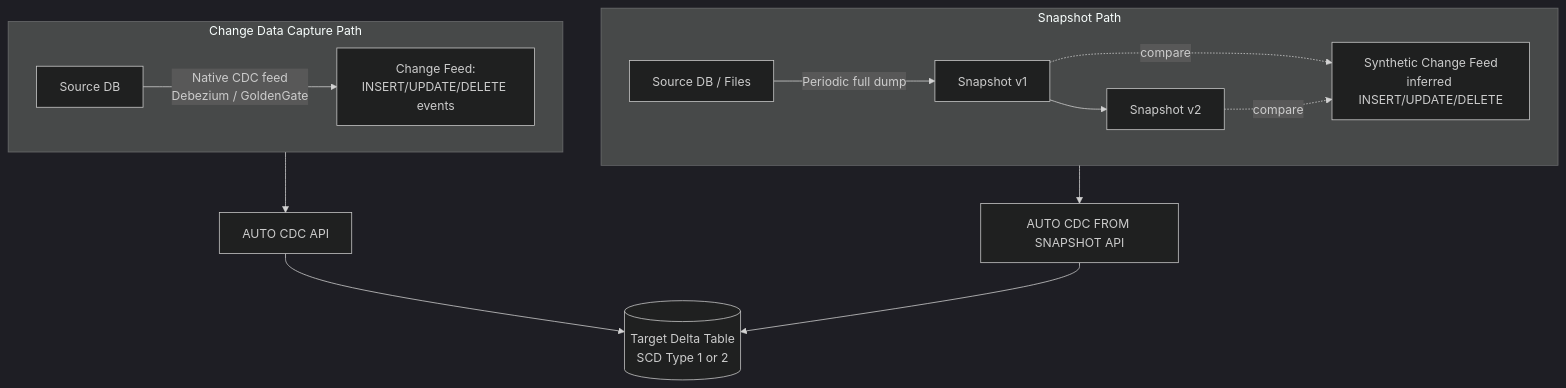
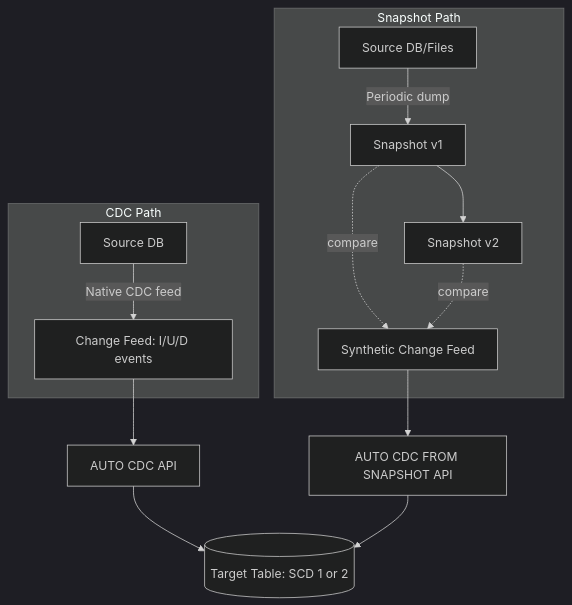
The third of 4 diagrams in documents/Theory_and_concepts/databricks/databricks.md (Panther010/learning), drawn with Mermaid (dark theme) before and after one commit. The commit also changed other lines of this file and 3 other files, not shown here.

````diff
--- a/documents/Theory_and_concepts/databricks/databricks.md
+++ b/documents/Theory_and_concepts/databricks/databricks.md
@@ -234,17 +316,13 @@
 ```mermaid
 flowchart TB
-    subgraph CDC["Change Data Capture Path"]
-    direction LR
-    S1[Source DB] -->|"Native CDC feed<br/>Debezium / GoldenGate"| CF["Change Feed:<br/>INSERT/UPDATE/DELETE events"]
+    subgraph CDC["CDC Path"]
+    S1[Source DB] -->|Native CDC feed| CF[Change Feed: I/U/D events]
     end
     subgraph SNAP["Snapshot Path"]
-    direction LR
-    S2[Source DB / Files] -->|Periodic full dump| SN1[Snapshot v1] --> SN2[Snapshot v2]
-    SN1 -.compare.-> SYN["Synthetic Change Feed<br/>inferred INSERT/UPDATE/DELETE"]
+    S2[Source DB/Files] -->|Periodic dump| SN1[Snapshot v1] --> SN2[Snapshot v2]
+    SN1 -.compare.-> SYN[Synthetic Change Feed]
     SN2 -.compare.-> SYN
     end
-    CF --> T[AUTO CDC API]
-    SYN --> T2[AUTO CDC FROM SNAPSHOT API]
-    T --> OUT[("Target Delta Table<br/>SCD Type 1 or 2")]
-    T2 --> OUT
+    CF --> T[AUTO CDC API] --> OUT[(Target Table: SCD 1 or 2)]
+    SYN --> T2[AUTO CDC FROM SNAPSHOT API] --> OUT
 ```
````
